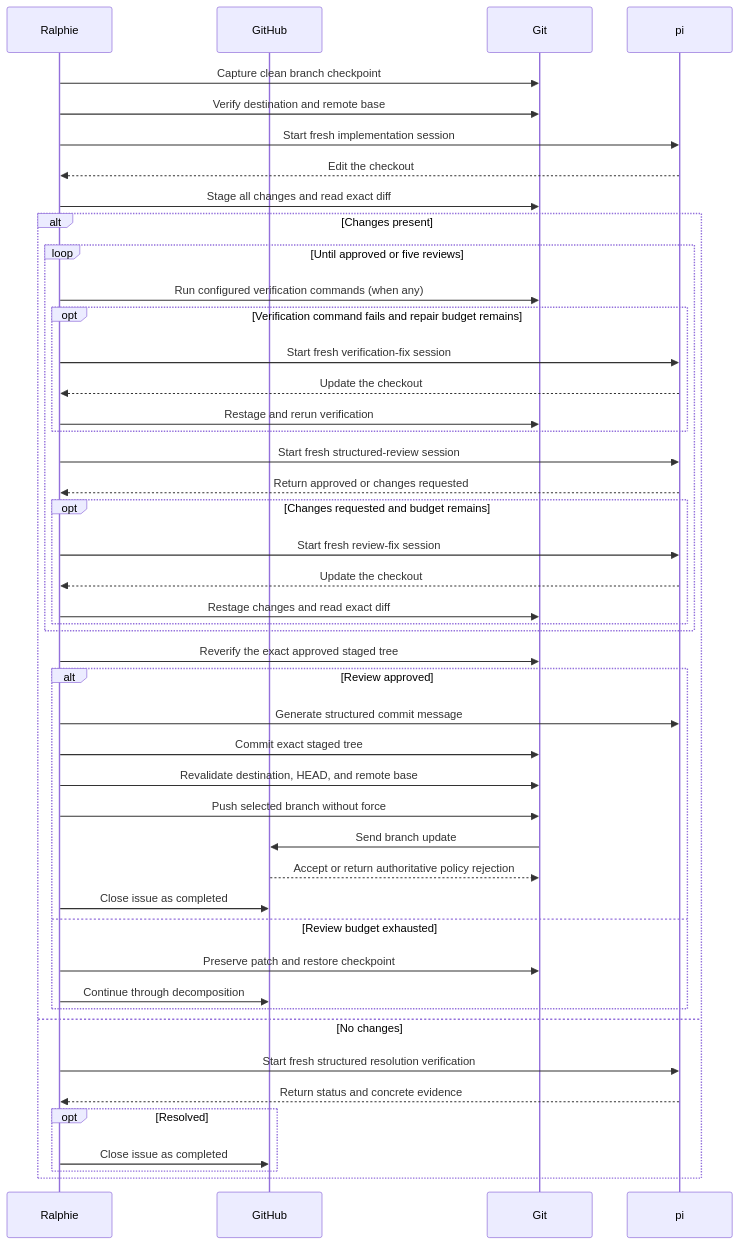
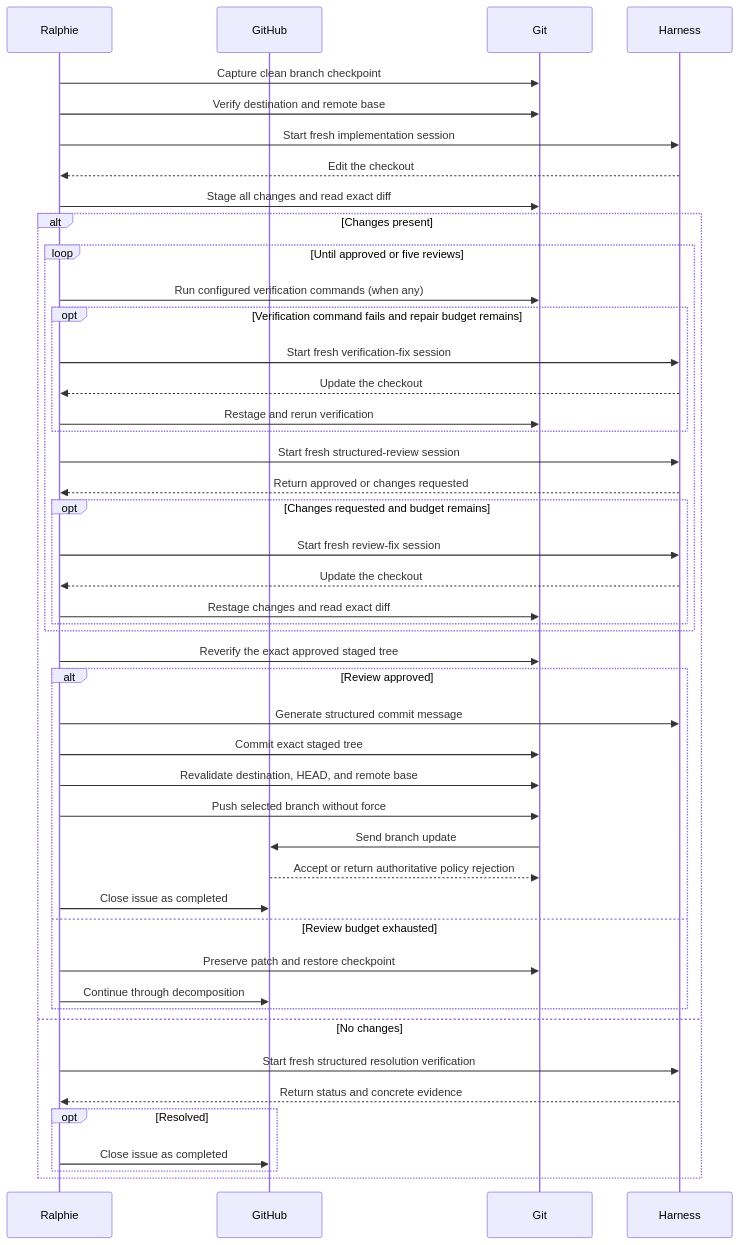
One commit to beremaran/ralphie changed the second of 3 diagrams in docs/workflows.md. Above: the diagram before and after it, drawn with Mermaid. The commit also changed other lines of this file and 68 other files, not shown here.

````diff
--- a/docs/workflows.md
+++ b/docs/workflows.md
@@ -89,50 +89,50 @@
 ```mermaid
 sequenceDiagram
     participant R as Ralphie
     participant GH as GitHub
     participant G as Git
-    participant P as pi
+    participant P as Harness
 
     R->>G: Capture clean branch checkpoint
     R->>G: Verify destination and remote base
     R->>P: Start fresh implementation session
     P-->>R: Edit the checkout
     R->>G: Stage all changes and read exact diff
 
     alt Changes present
         loop Until approved or five reviews
             R->>G: Run configured verification commands (when any)
             opt Verification command fails and repair budget remains
                 R->>P: Start fresh verification-fix session
                 P-->>R: Update the checkout
                 R->>G: Restage and rerun verification
             end
             R->>P: Start fresh structured-review session
             P-->>R: Return approved or changes requested
             opt Changes requested and budget remains
                 R->>P: Start fresh review-fix session
                 P-->>R: Update the checkout
                 R->>G: Restage changes and read exact diff
             end
         end
         R->>G: Reverify the exact approved staged tree
     alt Review approved
             R->>P: Generate structured commit message
             R->>G: Commit exact staged tree
             R->>G: Revalidate destination, HEAD, and remote base
             R->>G: Push selected branch without force
             G->>GH: Send branch update
             GH-->>G: Accept or return authoritative policy rejection
             R->>GH: Close issue as completed
         else Review budget exhausted
             R->>G: Preserve patch and restore checkpoint
             R->>GH: Continue through decomposition
         end
     else No changes
         R->>P: Start fresh structured resolution verification
         P-->>R: Return status and concrete evidence
         opt Resolved
             R->>GH: Close issue as completed
         end
     end
 ```
````
